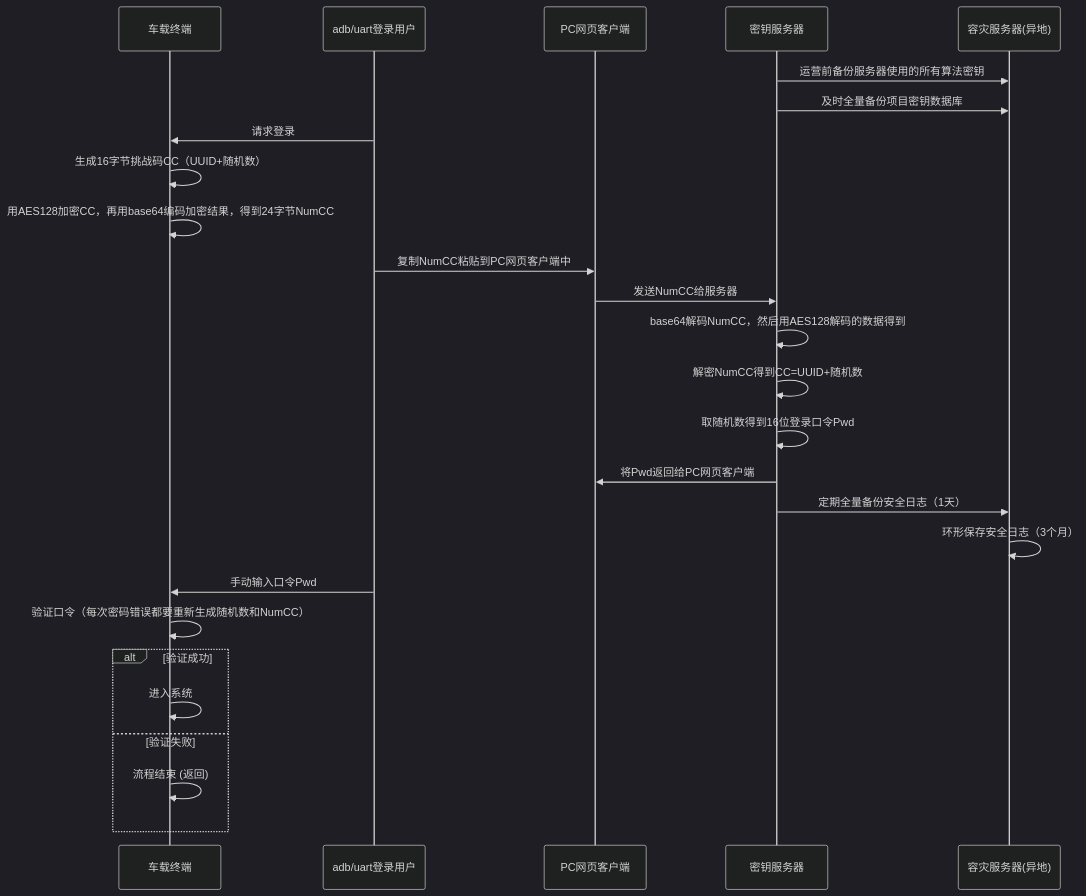
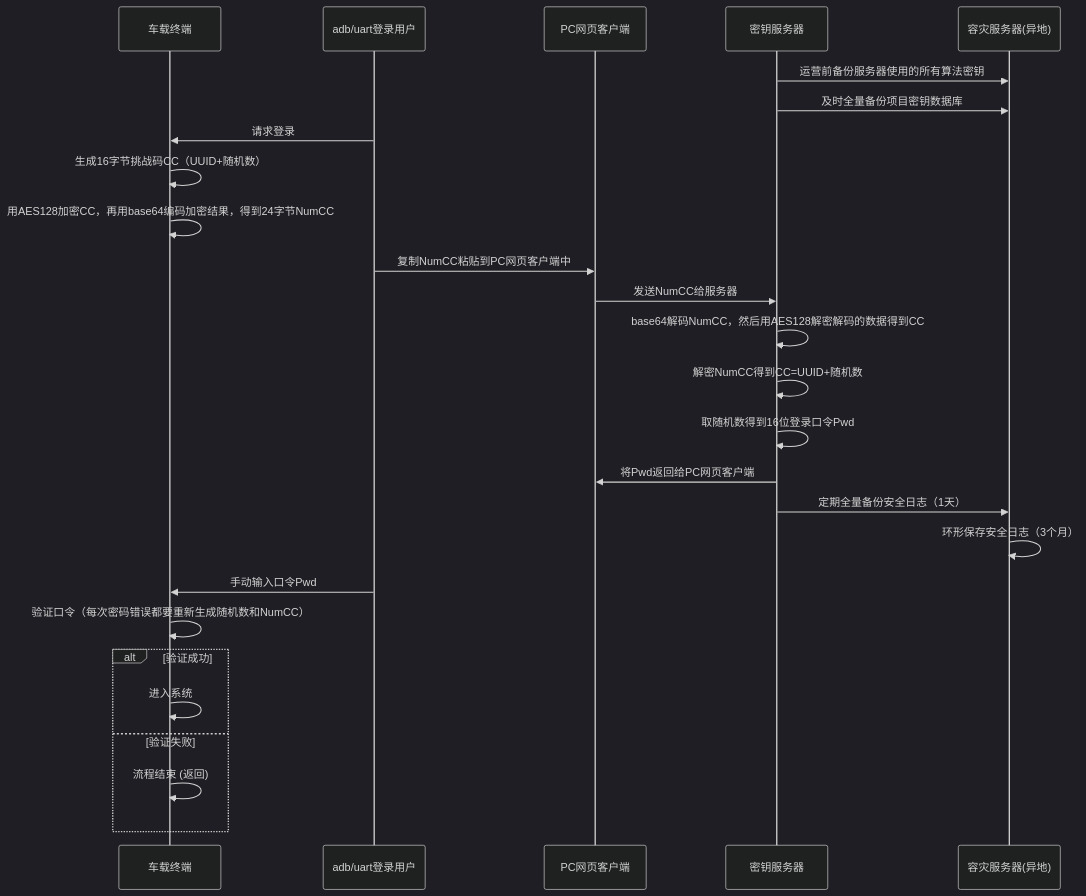
One commit to facebook-cloud/iodraw-files changed the diagram in all/未命名-19.md. Above: the diagram before and after it, drawn with Mermaid (dark theme).

Commit message:
2026-03-19 16:48:16 update

````diff
--- a/all/未命名-19.md
+++ b/all/未命名-19.md
@@ -1,33 +1,33 @@
 ```mermaid
 sequenceDiagram
     participant tbox as 车载终端
     participant user as adb/uart登录用户
     participant pc as PC网页客户端
     participant tech_center as 密钥服务器
     participant backup as 容灾服务器(异地)
   
     tech_center->>backup: 运营前备份服务器使用的所有算法密钥
     tech_center->>backup: 及时全量备份项目密钥数据库
 
     user->>tbox: 请求登录
     tbox->>tbox: 生成16字节挑战码CC（UUID+随机数）
     tbox->>tbox: 用AES128加密CC，再用base64编码加密结果，得到24字节NumCC
     user->>pc: 复制NumCC粘贴到PC网页客户端中
     pc->>tech_center: 发送NumCC给服务器
-    tech_center->>tech_center: base64解码NumCC，然后用AES128解码的数据得到
+    tech_center->>tech_center: base64解码NumCC，然后用AES128解密解码的数据得到CC
     tech_center->>tech_center: 解密NumCC得到CC=UUID+随机数
     tech_center->>tech_center: 取随机数得到16位登录口令Pwd
     tech_center->>pc: 将Pwd返回给PC网页客户端
 
     tech_center->>backup: 定期全量备份安全日志（1天）
     backup->>backup: 环形保存安全日志（3个月）
     user->>tbox: 手动输入口令Pwd
     tbox->>tbox: 验证口令（每次密码错误都要重新生成随机数和NumCC）
     alt 验证成功
         tbox->>tbox: 进入系统
     else 验证失败
         tbox->>tbox: 流程结束 (返回)
     end
 
 
 ```
````
